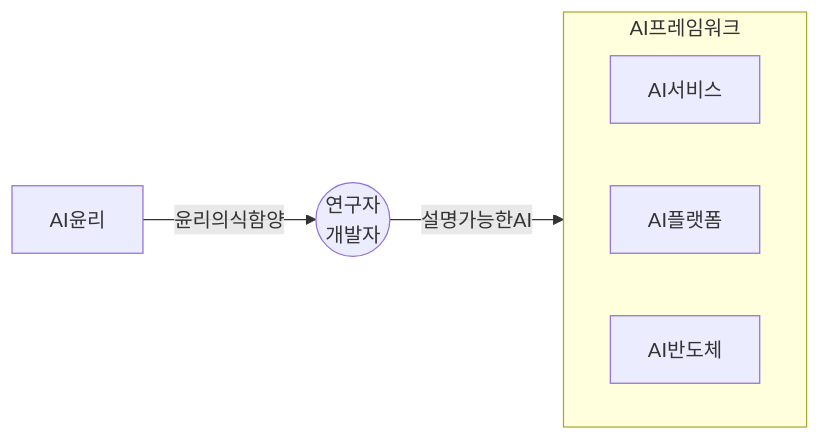
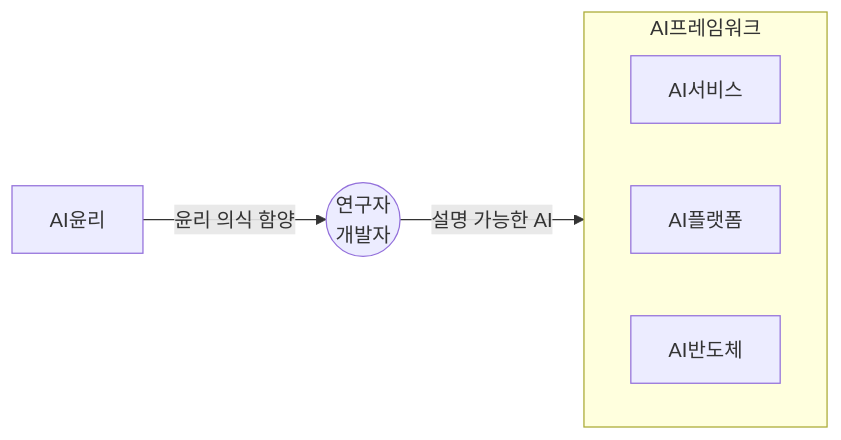
The first of 3 diagrams in blog/pe/sec/ai-ethics.md (gracefullight/gracefullight.github.io), drawn with Mermaid before and after one commit. The commit also changed other lines of this file and 29 other files, not shown here.

````diff
--- a/blog/pe/sec/ai-ethics.md
+++ b/blog/pe/sec/ai-ethics.md
@@ -13,12 +13,12 @@
 ```mermaid
 graph LR
-  AI윤리 -->|윤리의식함양|연구자개발자
-  연구자개발자((연구자<br/>개발자))-->|설명가능한AI|AI프레임워크
+  AI윤리 -->|윤리 의식 함양|연구자개발자
+  연구자개발자((연구자<br/>개발자))-->|설명 가능한 AI|AI프레임워크
 
   subgraph AI프레임워크
     direction LR
     AI서비스
     AI플랫폼
     AI반도체
   end
 ```
````
